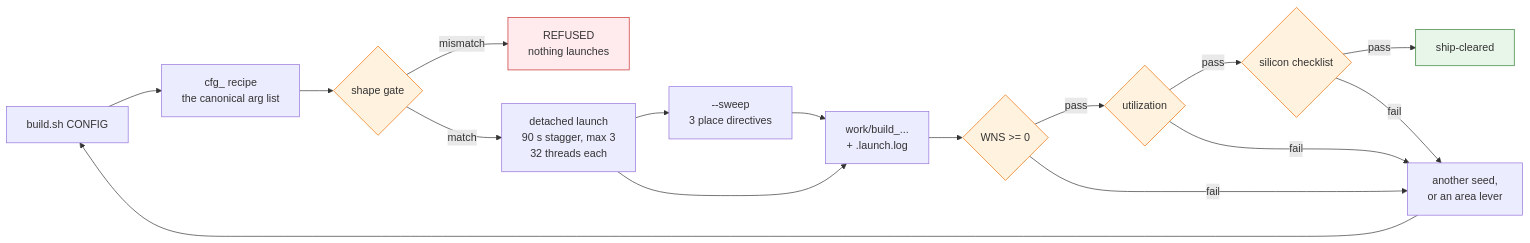
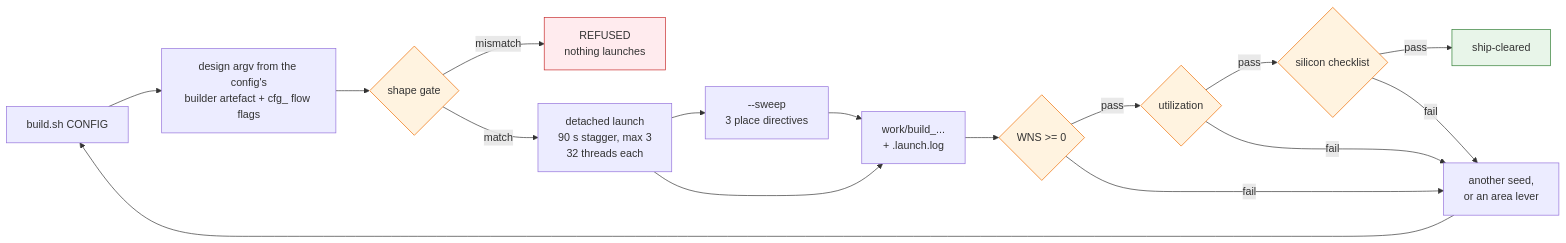
The diagram in docs/integration/BUILDING.md (kebag-logic/milan-fpga), drawn with Mermaid before and after one commit. The commit also changed other lines of this file and 4 other files, not shown here.

Commit message:
Source build.sh design argv from the builder artefact

````diff
--- a/docs/integration/BUILDING.md
+++ b/docs/integration/BUILDING.md
@@ -40,25 +40,25 @@
 ```mermaid
 flowchart LR
-    CMD["build.sh CONFIG"] --> CFG["cfg_ recipe<br/>the canonical arg list"]
+    CMD["build.sh CONFIG"] --> CFG["design argv from the config's<br/>builder artefact + cfg_ flow flags"]
     CFG --> GATE{"shape gate"}
     GATE -->|"mismatch"| STOP["REFUSED<br/>nothing launches"]
     GATE -->|"match"| LAUNCH["detached launch<br/>90 s stagger, max 3<br/>32 threads each"]
     LAUNCH --> SWEEP["--sweep<br/>3 place directives"]
     LAUNCH --> OUT["work/build_...<br/>+ .launch.log"]
     SWEEP --> OUT
     OUT --> G1{"WNS &gt;= 0"}
     G1 -->|"pass"| G2{"utilization"}
     G1 -->|"fail"| RETRY["another seed,<br/>or an area lever"]
     G2 -->|"pass"| G3{"silicon checklist"}
     G2 -->|"fail"| RETRY
     G3 -->|"pass"| SHIP["ship-cleared"]
     G3 -->|"fail"| RETRY
     RETRY --> CMD
 
     classDef gate fill:#FFF3E0,stroke:#EF6C00
     classDef stop fill:#FFEBEE,stroke:#C62828
     classDef ok fill:#E8F5E9,stroke:#2E7D32
     class GATE,G1,G2,G3 gate
     class STOP stop
     class SHIP ok
 ```
````
